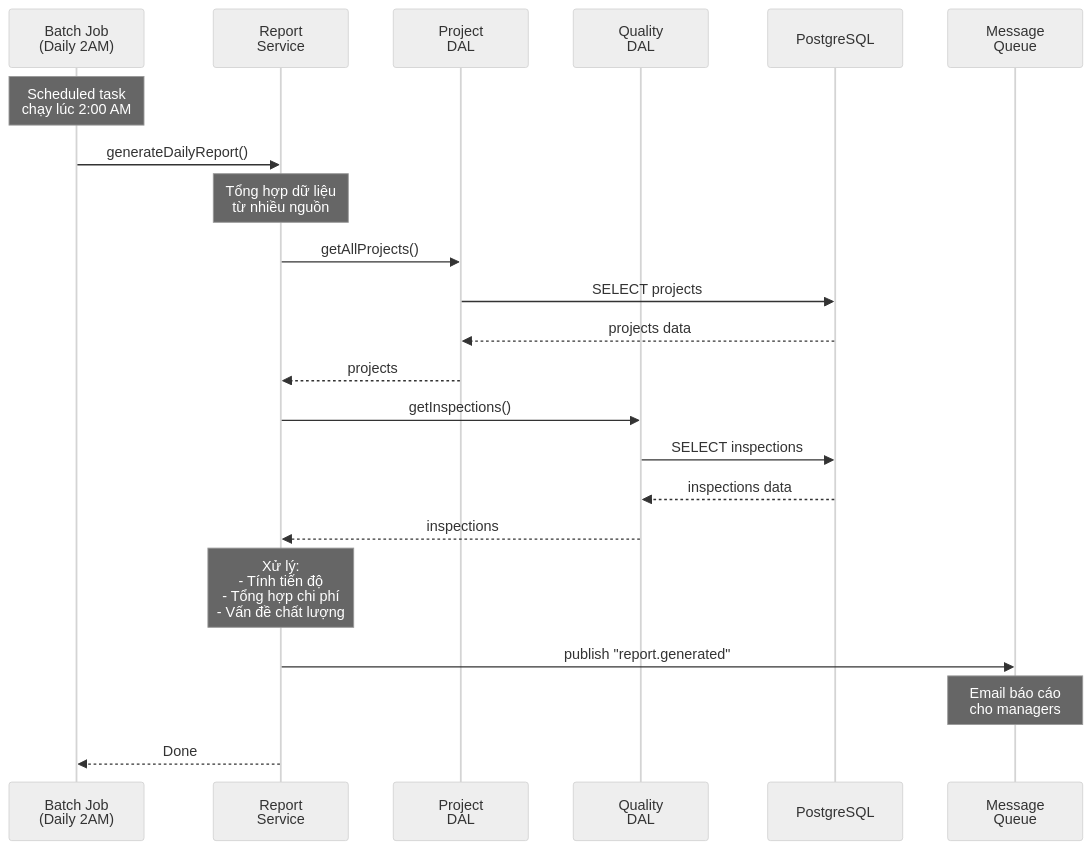
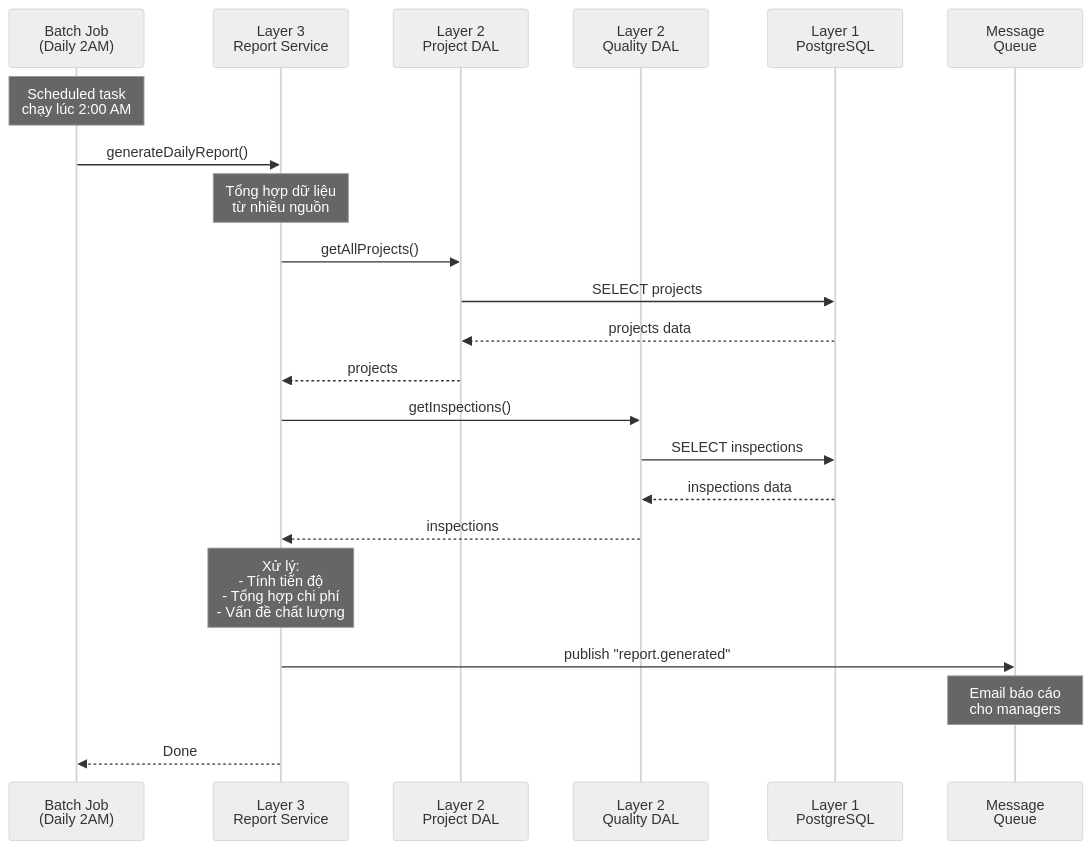
One commit to phuc-nt/system-architect-docs changed the fifth of 7 diagrams in 5-layer/construction-project-management-5-layer.md. Above: the diagram before and after it, drawn with Mermaid (neutral theme). The commit also changed other lines of this file and 1 other file, not shown here.

First line of the commit message:
Add layer numbers to sequence diagrams for better clarity

````diff
--- a/5-layer/construction-project-management-5-layer.md
+++ b/5-layer/construction-project-management-5-layer.md
@@ -384,32 +405,32 @@
 ```mermaid
 sequenceDiagram
     participant CRON as Batch Job<br/>(Daily 2AM)
-    participant RS as Report<br/>Service
-    participant PD as Project<br/>DAL
-    participant QD as Quality<br/>DAL
-    participant DB as PostgreSQL
+    participant RS as Layer 3<br/>Report Service
+    participant PD as Layer 2<br/>Project DAL
+    participant QD as Layer 2<br/>Quality DAL
+    participant DB as Layer 1<br/>PostgreSQL
     participant MQ as Message<br/>Queue
 
     Note over CRON: Scheduled task<br/>chạy lúc 2:00 AM
 
     CRON->>RS: generateDailyReport()
 
     Note over RS: Tổng hợp dữ liệu<br/>từ nhiều nguồn
 
     RS->>PD: getAllProjects()
     PD->>DB: SELECT projects
     DB-->>PD: projects data
     PD-->>RS: projects
 
     RS->>QD: getInspections()
     QD->>DB: SELECT inspections
     DB-->>QD: inspections data
     QD-->>RS: inspections
 
     Note over RS: Xử lý:<br/>- Tính tiến độ<br/>- Tổng hợp chi phí<br/>- Vấn đề chất lượng
 
     RS->>MQ: publish "report.generated"
     Note over MQ: Email báo cáo<br/>cho managers
 
     RS-->>CRON: Done
 ```
````
